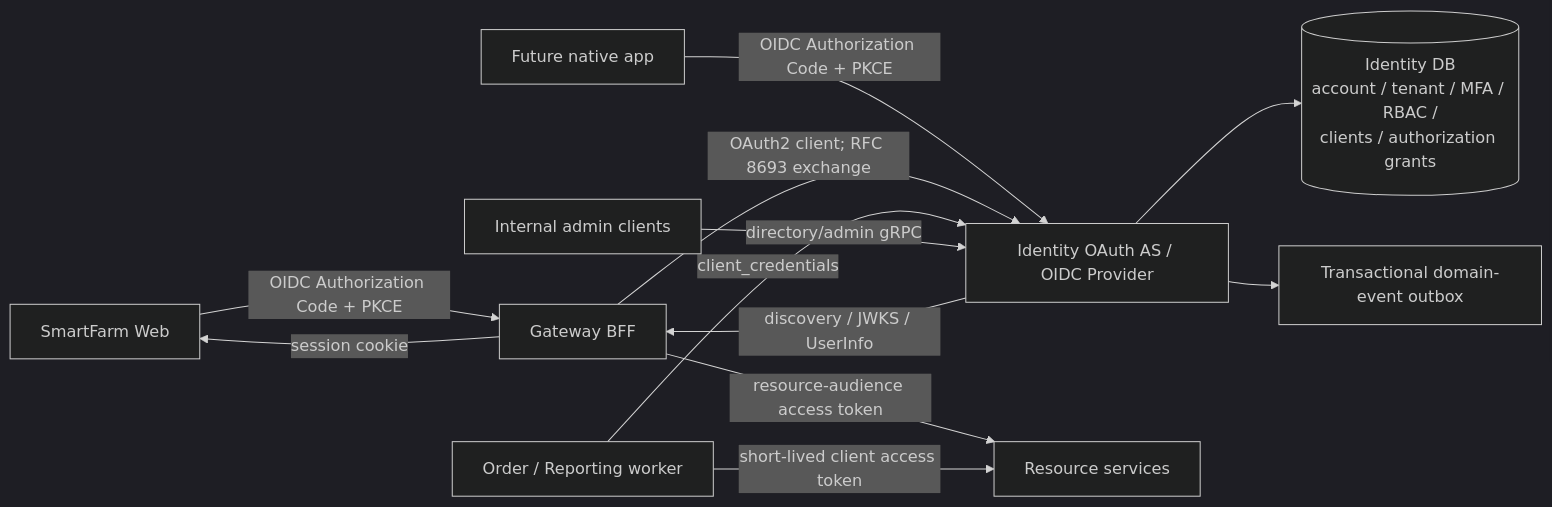
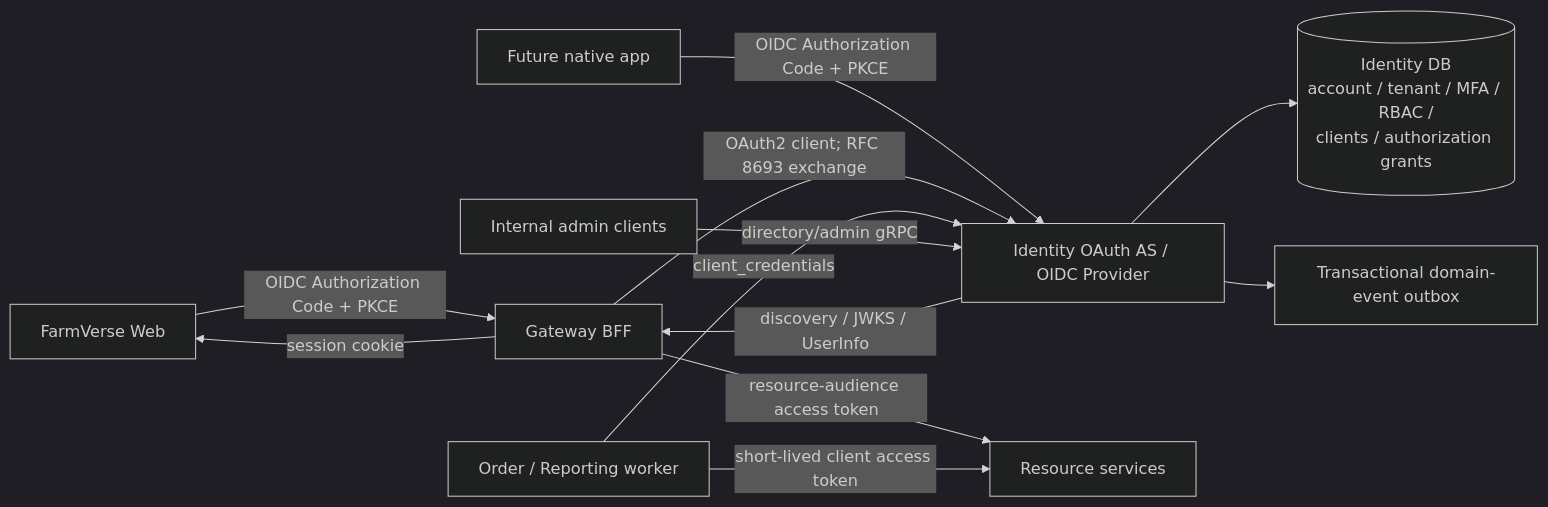
One commit to hatrongvu13/smartfarm-platform-maven-starter changed the first of 3 diagrams in docs/services/identity-flows.md. Above: the diagram before and after it, drawn with Mermaid (dark theme). The commit also changed other lines of this file and 1490 other files, not shown here.

First line of the commit message:
chore: FarmVerse level 0 - rename and prune

````diff
--- a/docs/services/identity-flows.md
+++ b/docs/services/identity-flows.md
@@ -7,14 +7,14 @@
 ```mermaid
 flowchart LR
-    Browser["SmartFarm Web"] -->|"OIDC Authorization Code + PKCE"| Gateway["Gateway BFF"]
+    Browser["FarmVerse Web"] -->|"OIDC Authorization Code + PKCE"| Gateway["Gateway BFF"]
     Mobile["Future native app"] -->|"OIDC Authorization Code + PKCE"| Identity["Identity OAuth AS / OIDC Provider"]
     Gateway -->|"OAuth2 client; RFC 8693 exchange"| Identity
     Worker["Order / Reporting worker"] -->|"client_credentials"| Identity
     Identity --> DB[("Identity DB\naccount / tenant / MFA / RBAC /\nclients / authorization grants")]
     Identity -->|"discovery / JWKS / UserInfo"| Gateway
     Gateway -->|"session cookie"| Browser
     Gateway -->|"resource-audience access token"| Service["Resource services"]
     Worker -->|"short-lived client access token"| Service
     Admin["Internal admin clients"] -->|"directory/admin gRPC"| Identity
     Identity --> MQTT["Transactional domain-event outbox"]
 ```
````
